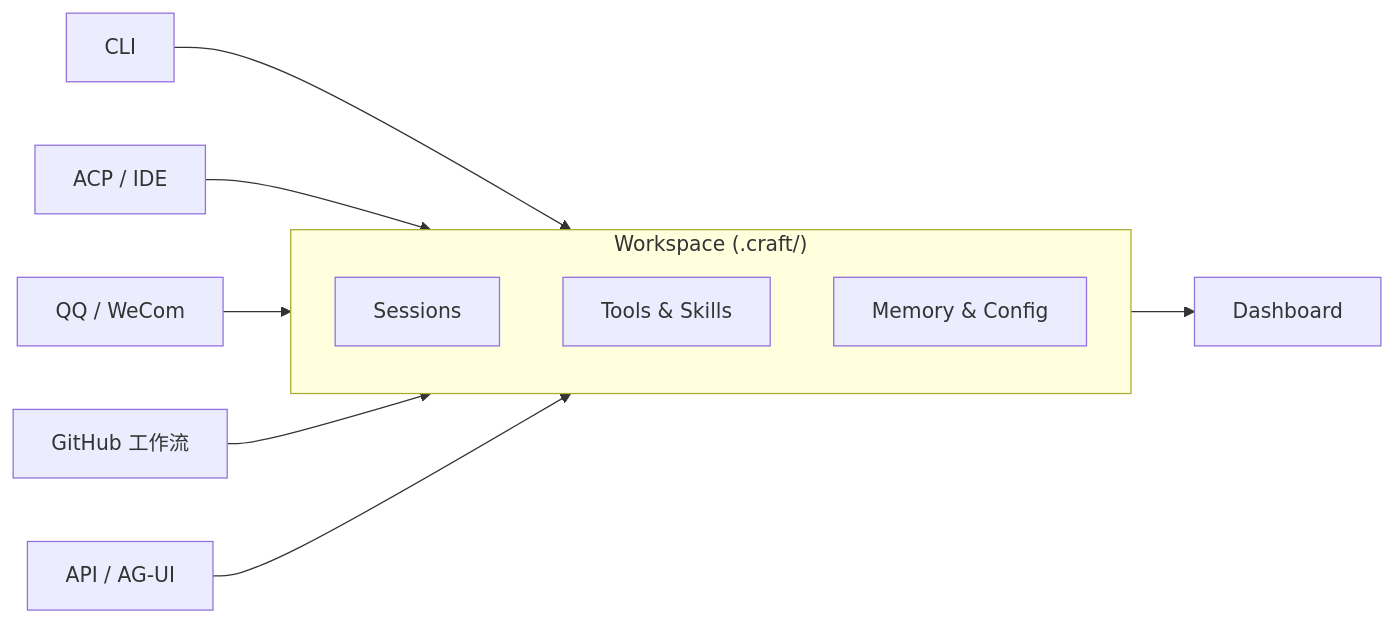
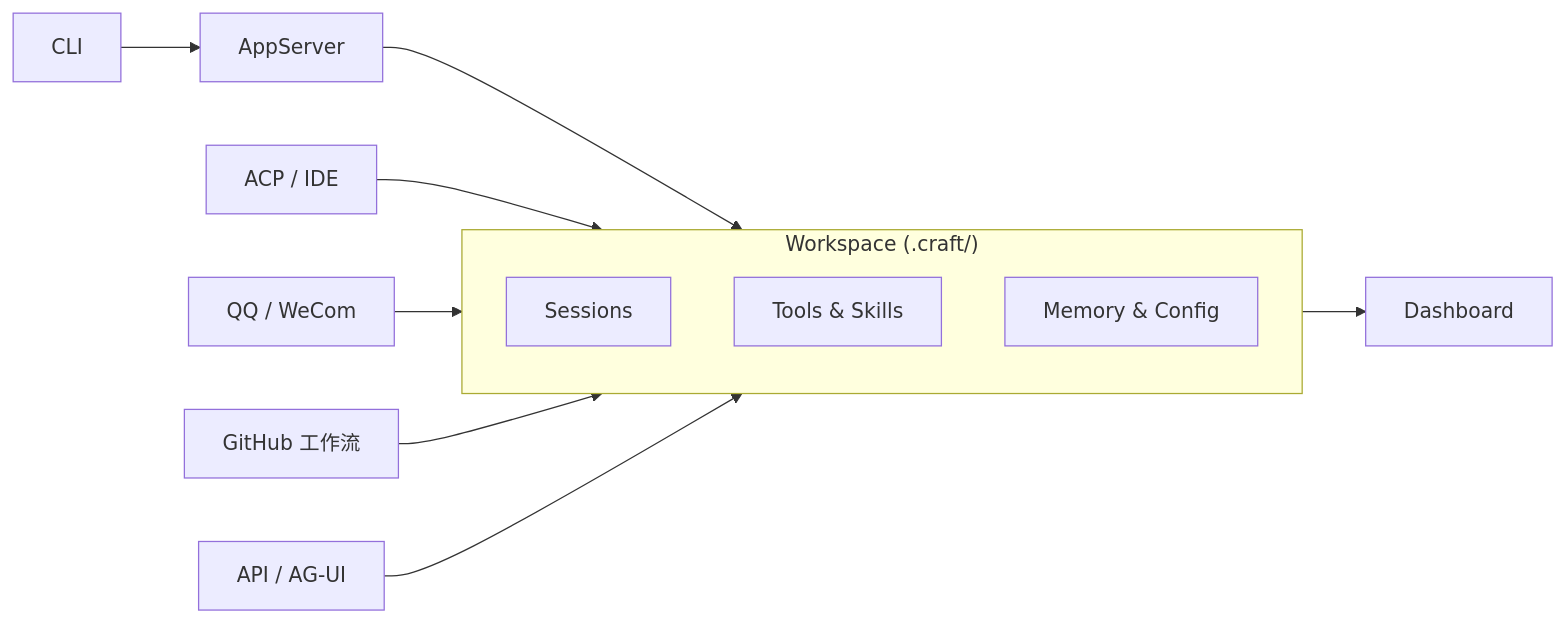
One commit to DotCraftDev/dotcraft changed the diagram in README_ZH.md. Above: the diagram before and after it, drawn with Mermaid. The commit also changed other lines of this file and 62 other files, not shown here.

First line of the commit message:
Add WebSocket support and improve AppServer CLI integration (#32)

````diff
--- a/README_ZH.md
+++ b/README_ZH.md
@@ -133,23 +151,25 @@
 ```mermaid
 flowchart LR
     Cli["CLI"]
+    AppSrv["AppServer"]
     Ide["ACP / IDE"]
     Bots["QQ / WeCom"]
     Workflow["GitHub 工作流"]
     Api["API / AG-UI"]
 
     subgraph Workspace ["Workspace (.craft/)"]
         Sessions["Sessions"]
         Tools["Tools & Skills"]
         Memory["Memory & Config"]
     end
 
     Dashboard["Dashboard"]
 
-    Cli --> Workspace
+    Cli --> AppSrv
+    AppSrv --> Workspace
     Ide --> Workspace
     Bots --> Workspace
     Workflow --> Workspace
     Api --> Workspace
     Workspace --> Dashboard
 ```
````
